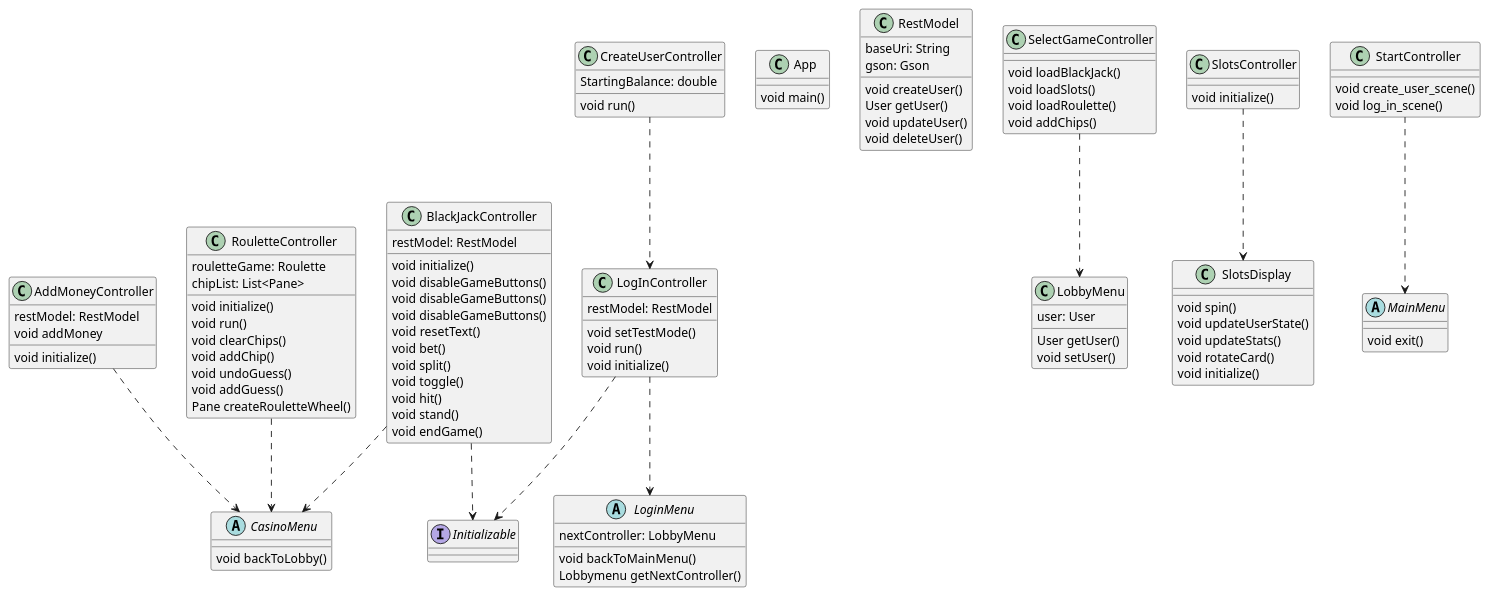
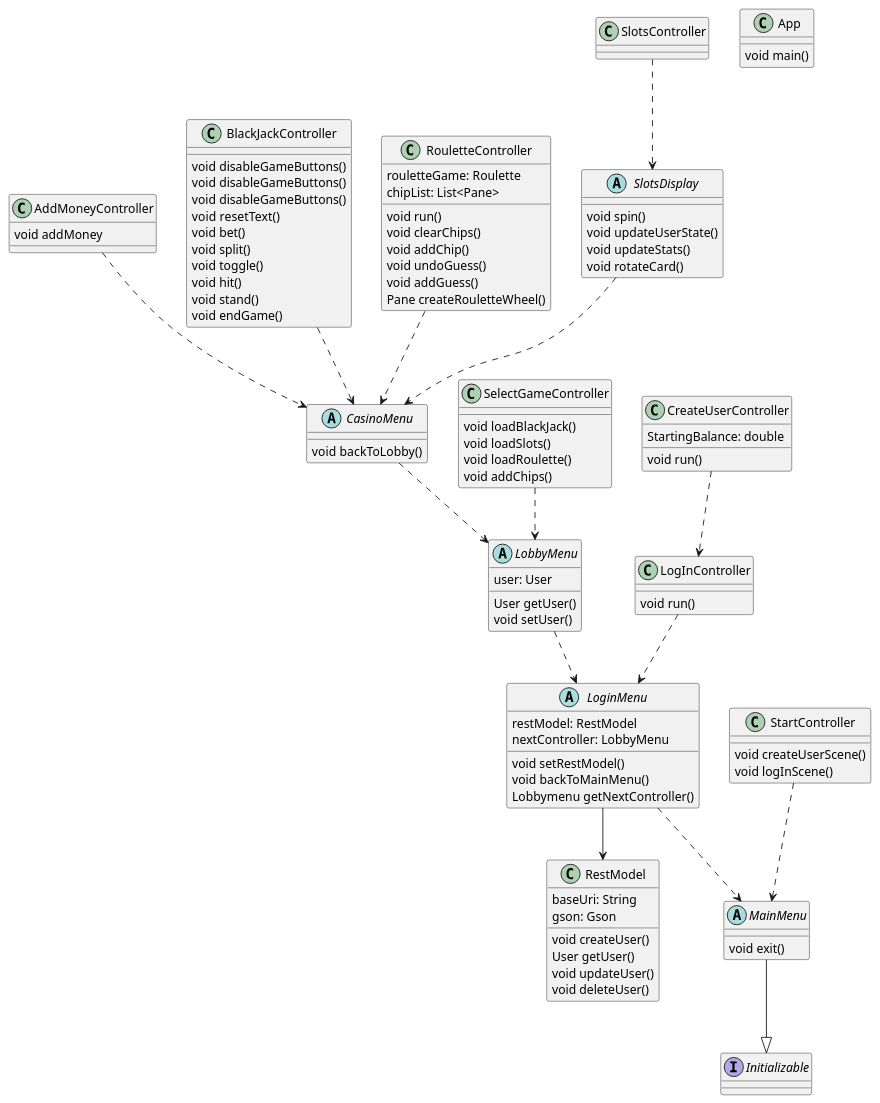
Before and after one commit to CzternastyHembre/IT1901-ITP: the diagram in casino/ui/src/main/java/ui/classDiagram.puml, drawn with PlantUML.

Commit message:
docs: updated UML for class diagram
Updated UML for UI class diagram.

Issue: #83

```diff
--- a/casino/ui/src/main/java/ui/classDiagram.puml
+++ b/casino/ui/src/main/java/ui/classDiagram.puml
@@ -1,125 +1,121 @@
 @startuml
 
 Class AddMoneyController {
-    restModel: RestModel
-    void initialize()
     void addMoney
 }
 
 Class App {
     void main()
 }
 
 Class BlackJackController {
-    restModel: RestModel
-    void initialize()
     void disableGameButtons()
     void disableGameButtons()
     void disableGameButtons()
     void resetText()
     void bet()
     void split()
     void toggle()
     void hit()
     void stand()
     void endGame()
 }
 
 
 Class CreateUserController {
     StartingBalance: double
     void run()
 }
 
 Class LogInController {
-    restModel: RestModel
-    void setTestMode()
     void run()
-    void initialize()
 }
 
 Class RestModel {
     baseUri: String
     gson: Gson
     void createUser()
     User getUser()
     void updateUser()
     void deleteUser()
 }
 
 Class RouletteController {
     rouletteGame: Roulette
     chipList: List<Pane>
-    void initialize()
     void run()
     void clearChips()
     void addChip()
     void undoGuess()
     void addGuess()
     Pane createRouletteWheel()
     
 }
 
 Class SelectGameController {
     void loadBlackJack()
     void loadSlots()
     void loadRoulette()
     void addChips()
 }
 
 Class SlotsController {
-    void initialize()
 }
 
-Class SlotsDisplay {
+abstract SlotsDisplay {
     void spin()
     void updateUserState()
     void updateStats()
     void rotateCard()
-    void initialize()
 }
 
 Class StartController {
-    void create_user_scene()
-    void log_in_scene()
+    void createUserScene()
+    void logInScene()
 }
 
 abstract CasinoMenu{
     void backToLobby()
 }
 
-Class LobbyMenu{
+abstract LobbyMenu{
     user: User
     User getUser()
     void setUser()
 }
 
 abstract LoginMenu{
+    restModel: RestModel
     nextController: LobbyMenu
+    void setRestModel()
     void backToMainMenu()
     Lobbymenu getNextController()
     
 }
 
 abstract MainMenu{
     void exit()
 }
 
 Interface Initializable{
 }
 
 AddMoneyController ..> CasinoMenu
 BlackJackController ..> CasinoMenu 
-BlackJackController ..> Initializable 
 CreateUserController ..> LogInController
 LogInController ..> LoginMenu
-LogInController ..> Initializable
 RouletteController ..> CasinoMenu
 SelectGameController ..> LobbyMenu
 SlotsController ..> SlotsDisplay
 StartController ..> MainMenu
+CasinoMenu ..> LobbyMenu
+LobbyMenu ..> LoginMenu
+SlotsDisplay ..> CasinoMenu
+LoginMenu ..> MainMenu
+MainMenu --|> Initializable
+LoginMenu --> RestModel
 
 
 
 
 @enduml
```
